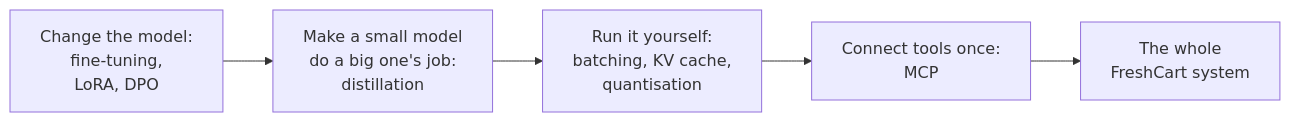
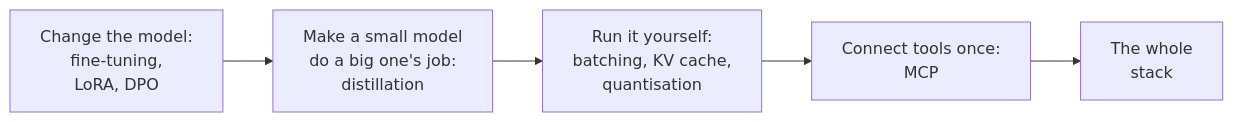
The first of 12 diagrams in src/Data/aiStackDocs/CH-12.md (shubamchaudhary/CodeNITW), drawn with Mermaid before and after one commit. The commit also changed other lines of this file and 32 other files, not shown here.

````diff
--- a/src/Data/aiStackDocs/CH-12.md
+++ b/src/Data/aiStackDocs/CH-12.md
@@ -7,7 +7,7 @@
 ```mermaid
 flowchart LR
     A["Change the model:<br/>fine-tuning,<br/>LoRA, DPO"] --> B["Make a small model<br/>do a big one's job:<br/>distillation"]
     B --> C["Run it yourself:<br/>batching, KV cache,<br/>quantisation"]
     C --> D["Connect tools once:<br/>MCP"]
-    D --> E["The whole<br/>FreshCart system"]
+    D --> E["The whole<br/>stack"]
 ```
````
